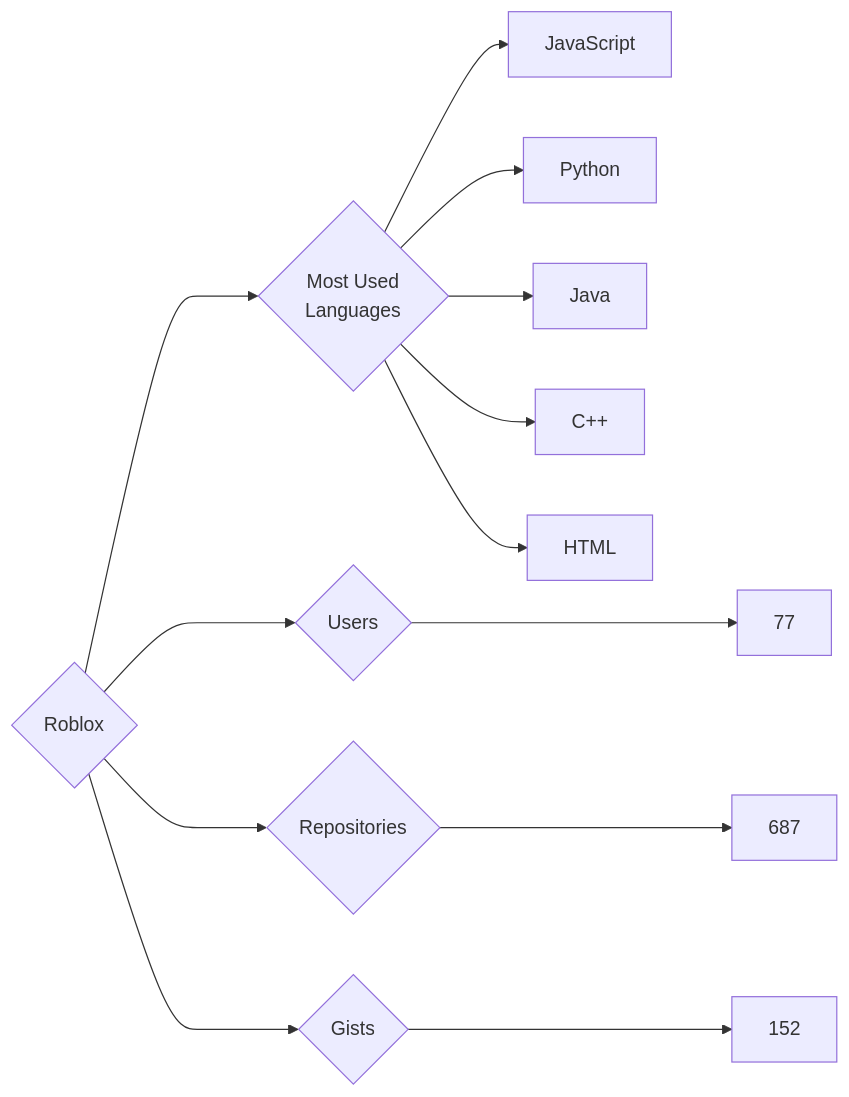
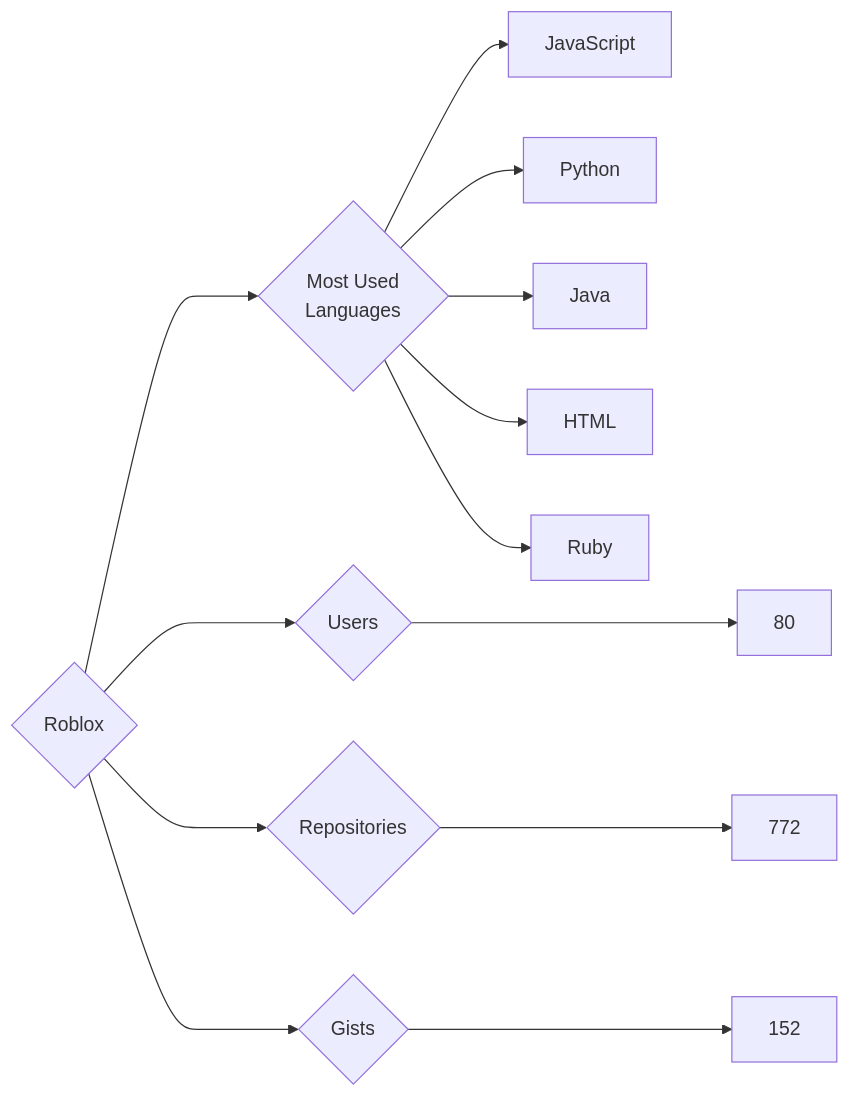
The diagram in targets/Roblox/README.md (trickest/insiders), drawn with Mermaid before and after one commit. The commit also changed 682 other files, not shown here.

````diff
--- a/targets/Roblox/README.md
+++ b/targets/Roblox/README.md
@@ -3,13 +3,13 @@
 ```mermaid
 graph LR
 COMPANY_NAME{Roblox}
-COMPANY_NAME ---> U{Users} ---> UN[77]
-COMPANY_NAME ---> R{Repositories} ---> RN[687]
+COMPANY_NAME ---> U{Users} ---> UN[80]
+COMPANY_NAME ---> R{Repositories} ---> RN[772]
 COMPANY_NAME ---> G{Gists} ---> GN[152]
 COMPANY_NAME ---> ML{Most Used<br>Languages}
 ML --> JavaScript[JavaScript]
 ML --> Python[Python]
 ML --> Java[Java]
-ML --> C++[C++]
 ML --> HTML[HTML]
+ML --> Ruby[Ruby]
 ```
````
